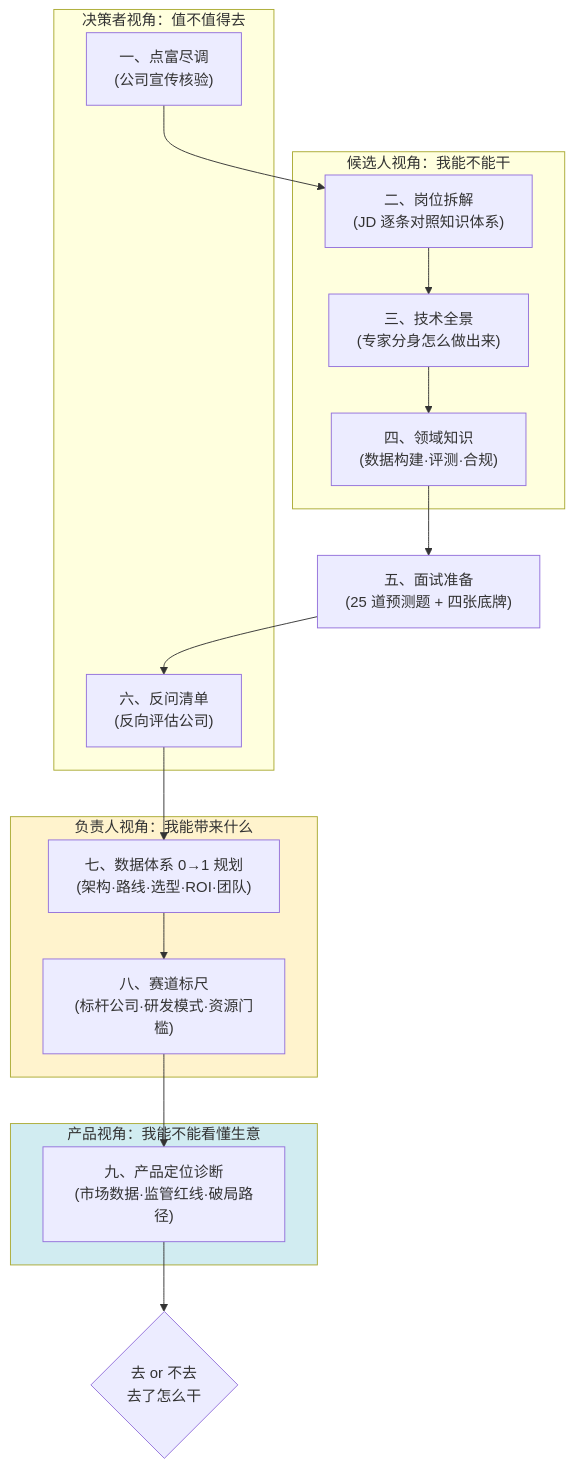
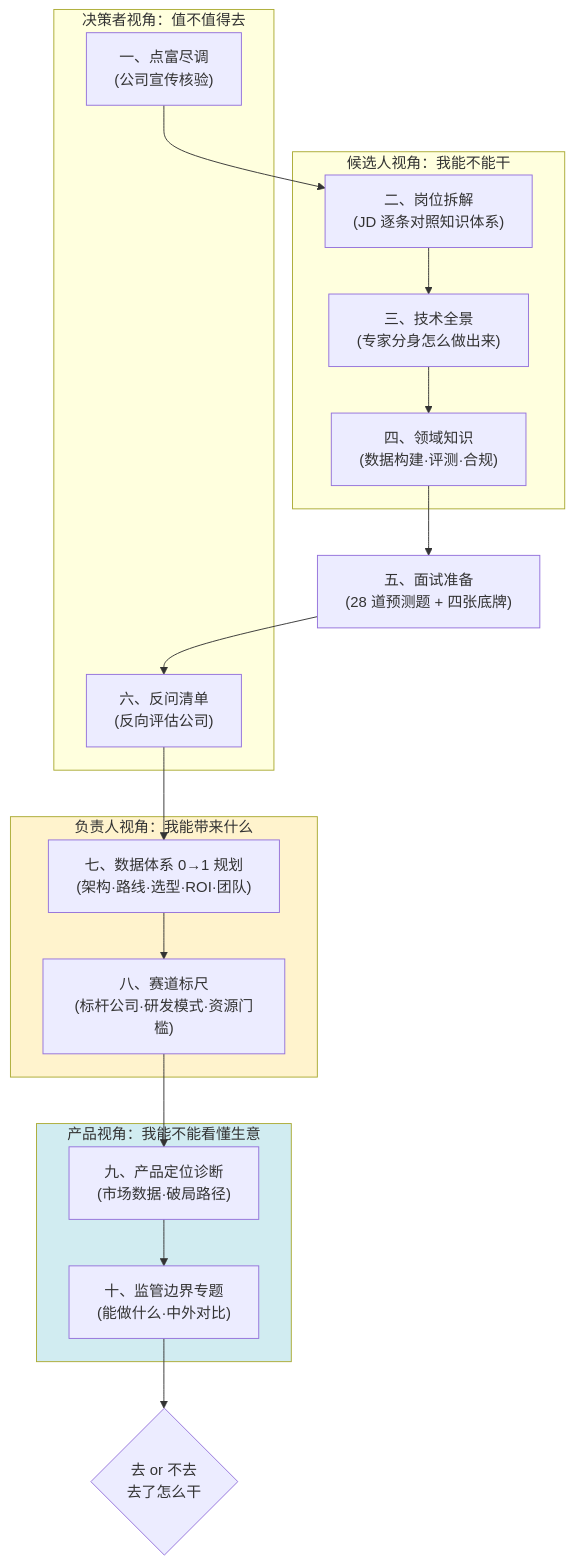
Before and after one commit to LiPingjiang/Full-Stack-Knowledge-Book: the first of 23 diagrams in part7-ai-engineering/12-案例-点富科技大模型数据评测岗.md, drawn with Mermaid. The commit also changed other lines of this file and 2 other files, not shown here.

````diff
--- a/part7-ai-engineering/12-案例-点富科技大模型数据评测岗.md
+++ b/part7-ai-engineering/12-案例-点富科技大模型数据评测岗.md
@@ -32,26 +32,27 @@
 ```mermaid
 flowchart TD
     subgraph S1["候选人视角：我能不能干"]
         B["二、岗位拆解<br/>(JD 逐条对照知识体系)"]
         C["三、技术全景<br/>(专家分身怎么做出来)"]
         D["四、领域知识<br/>(数据构建·评测·合规)"]
     end
     subgraph S2["决策者视角：值不值得去"]
         A["一、点富尽调<br/>(公司宣传核验)"]
         F["六、反问清单<br/>(反向评估公司)"]
     end
     subgraph S3["负责人视角：我能带来什么"]
         G["七、数据体系 0→1 规划<br/>(架构·路线·选型·ROI·团队)"]
         I["八、赛道标尺<br/>(标杆公司·研发模式·资源门槛)"]
     end
     subgraph S4["产品视角：我能不能看懂生意"]
-        J["九、产品定位诊断<br/>(市场数据·监管红线·破局路径)"]
+        J["九、产品定位诊断<br/>(市场数据·破局路径)"]
+        K["十、监管边界专题<br/>(能做什么·中外对比)"]
     end
 
-    A --> B --> C --> D --> E["五、面试准备<br/>(25 道预测题 + 四张底牌)"]
-    E --> F --> G --> I --> J
-    J --> H{"去 or 不去<br/>去了怎么干"}
+    A --> B --> C --> D --> E["五、面试准备<br/>(28 道预测题 + 四张底牌)"]
+    E --> F --> G --> I --> J --> K
+    K --> H{"去 or 不去<br/>去了怎么干"}
 
     style S3 fill:#fff3cd
     style S4 fill:#d1ecf1
 ```
````
